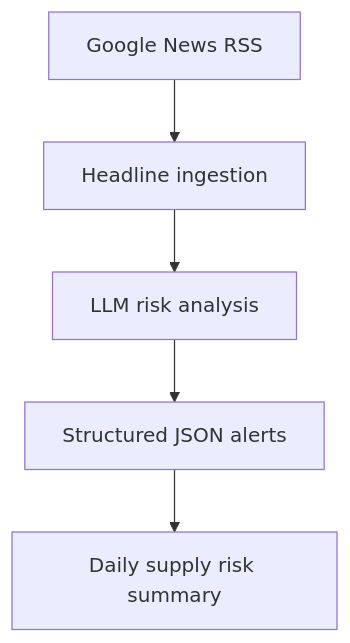
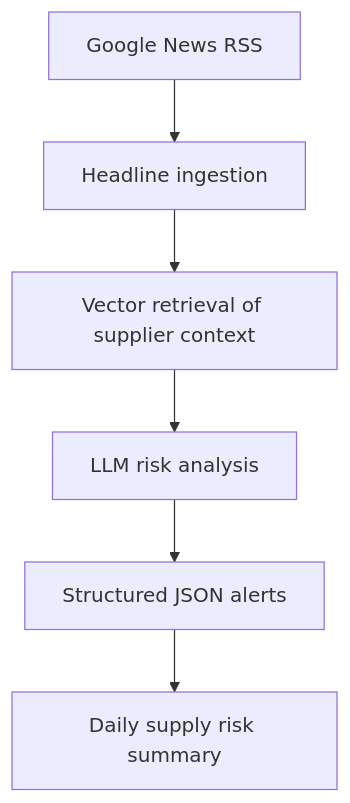
Before and after one commit to kenhglee/ai-supply-chain-risk-agent: the diagram in README.md, drawn with Mermaid. The commit also changed other lines of this file, not shown here.

Commit message:
Incorporate supplier context piece to Readme

````diff
--- a/README.md
+++ b/README.md
@@ -14,13 +13,15 @@
 ```mermaid
 flowchart TD
     A["Google News RSS"]
     B["Headline ingestion"]
-    C["LLM risk analysis"]
-    D["Structured JSON alerts"]
-    E["Daily supply risk summary"]
+    C["Vector retrieval of supplier context"]
+    D["LLM risk analysis"]
+    E["Structured JSON alerts"]
+    F["Daily supply risk summary"]
 
     A --> B
     B --> C
     C --> D
     D --> E
+    E --> F
 ```
````
